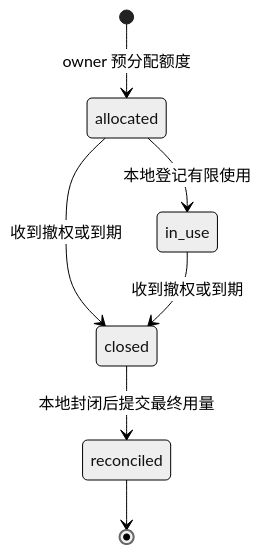
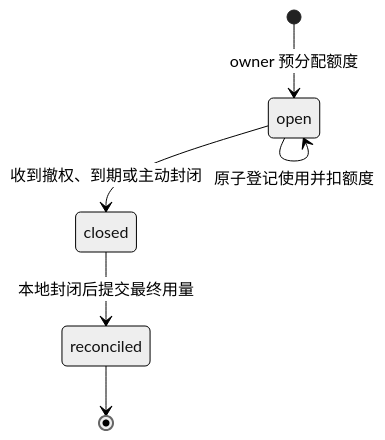
The third of 3 diagrams in docs/architecture/security/README.md (ruipengliu/lerna), drawn with Mermaid (neutral theme) before and after one commit. The commit also changed other lines of this file and 73 other files, not shown here.

Commit message:
docs: refine architecture deck and protocol models

````diff
--- a/docs/architecture/security/README.md
+++ b/docs/architecture/security/README.md
@@ -120,9 +120,8 @@
 ```mermaid
 stateDiagram-v2
-    [*] --> allocated: owner 预分配额度
-    allocated --> in_use: 本地登记有限使用
-    allocated --> closed: 收到撤权或到期
-    in_use --> closed: 收到撤权或到期
+    [*] --> open: owner 预分配额度
+    open --> open: 原子登记使用并扣额度
+    open --> closed: 收到撤权、到期或主动封闭
     closed --> reconciled: 本地封闭后提交最终用量
     reconciled --> [*]
 ```
````
